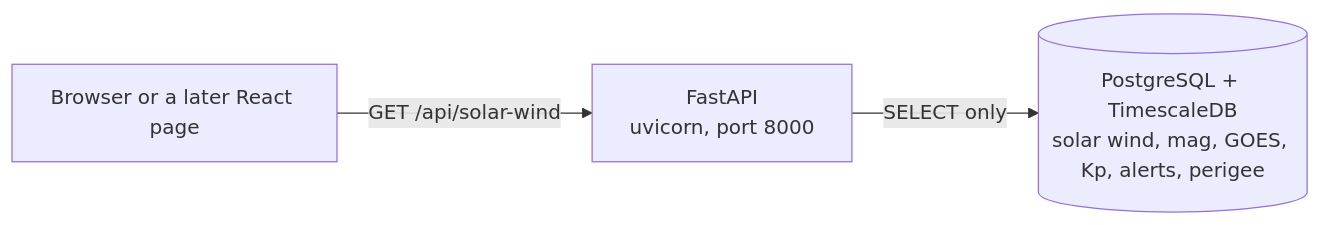
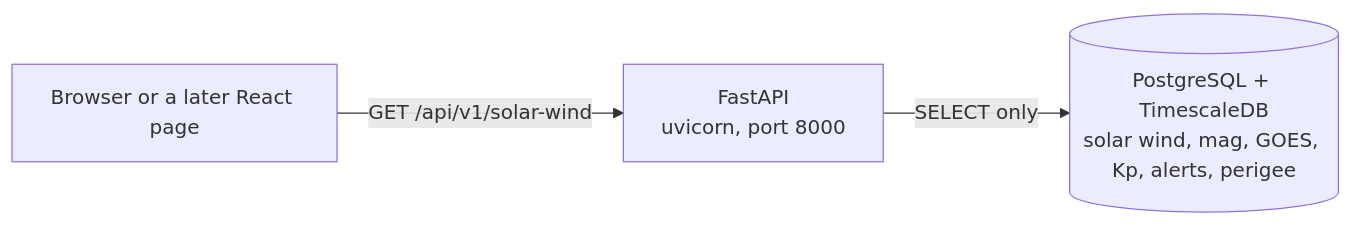
The diagram in docs/about/api.md (howardisaacson/tachocline-industries), drawn with Mermaid before and after one commit. The commit also changed other lines of this file and 15 other files, not shown here.

````diff
--- a/docs/about/api.md
+++ b/docs/about/api.md
@@ -42,5 +42,5 @@
 ```mermaid
 flowchart LR
-    CLIENT["Browser or a later React page"] -->|"GET /api/solar-wind"| API["FastAPI<br/>uvicorn, port 8000"]
+    CLIENT["Browser or a later React page"] -->|"GET /api/v1/solar-wind"| API["FastAPI<br/>uvicorn, port 8000"]
     API -->|SELECT only| DB[("PostgreSQL + TimescaleDB<br/>solar wind, mag, GOES, Kp, alerts, perigee")]
 ```
````
